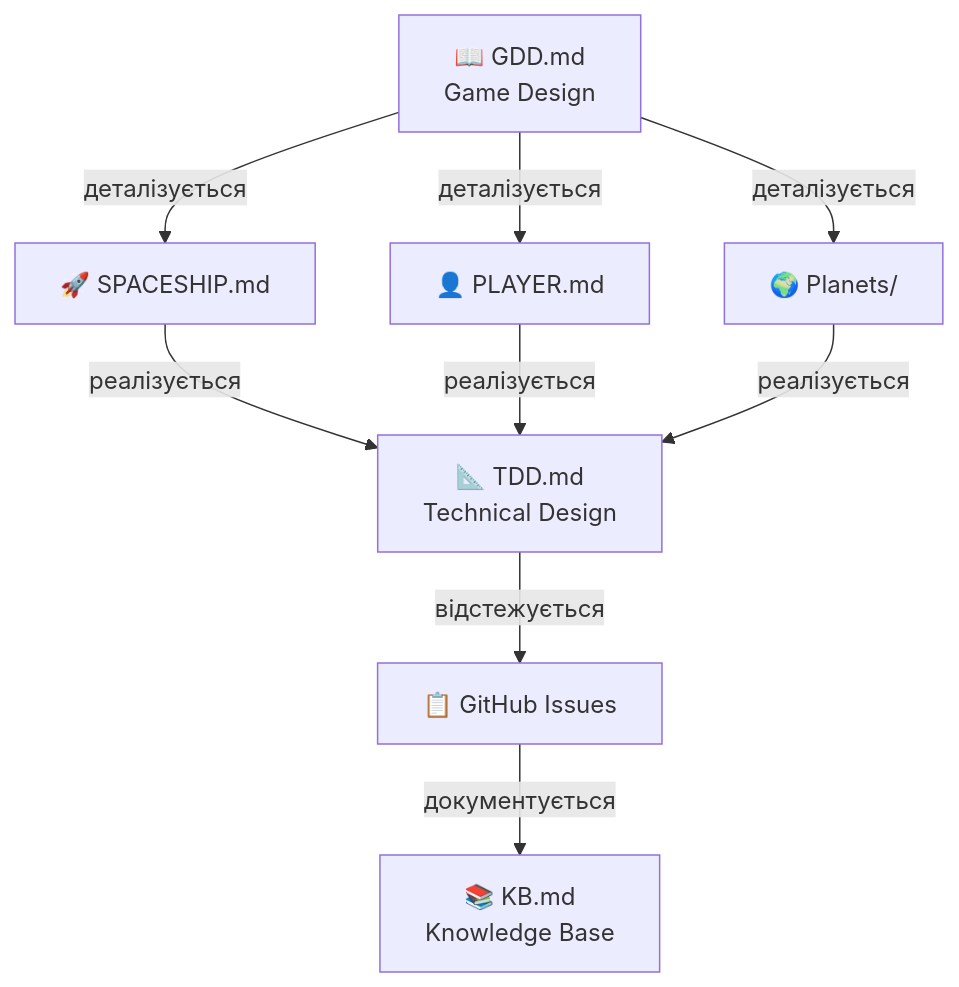
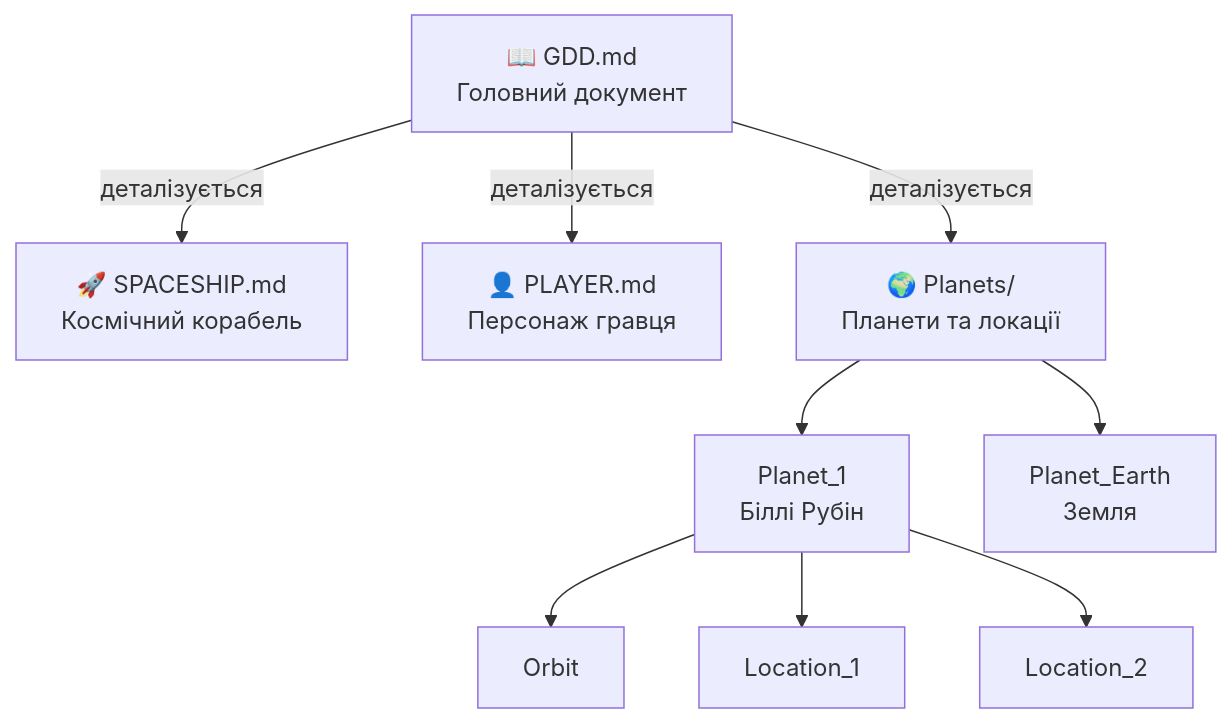
The diagram in Docs/GameDesign/README.md (nick-fedchik/CallOfRelics), drawn with Mermaid before and after one commit. The commit also changed other lines of this file and 13 other files, not shown here.

````diff
--- a/Docs/GameDesign/README.md
+++ b/Docs/GameDesign/README.md
@@ -196,14 +186,14 @@
 ```mermaid
 flowchart TB
-    GDD[📖 GDD.md<br/>Game Design]
-    GDD -->|деталізується| SHIP[🚀 SPACESHIP.md]
-    GDD -->|деталізується| PLAYER[👤 PLAYER.md]
-    GDD -->|деталізується| PLANETS[🌍 Planets/]
+    GDD[📖 GDD.md<br/>Головний документ]
+    GDD -->|деталізується| SHIP[🚀 SPACESHIP.md<br/>Космічний корабель]
+    GDD -->|деталізується| PLAYER[👤 PLAYER.md<br/>Персонаж гравця]
+    GDD -->|деталізується| PLANETS[🌍 Planets/<br/>Планети та локації]
 
-    SHIP -->|реалізується| TDD[📐 TDD.md<br/>Technical Design]
-    PLAYER -->|реалізується| TDD
-    PLANETS -->|реалізується| TDD
+    PLANETS --> P1[Planet_1<br/>Біллі Рубін]
+    PLANETS --> PE[Planet_Earth<br/>Земля]
 
-    TDD -->|відстежується| ISSUES[📋 GitHub Issues]
-    ISSUES -->|документується| KB[📚 KB.md<br/>Knowledge Base]
+    P1 --> ORBIT[Orbit]
+    P1 --> LOC1[Location_1]
+    P1 --> LOC2[Location_2]
 ```
````
